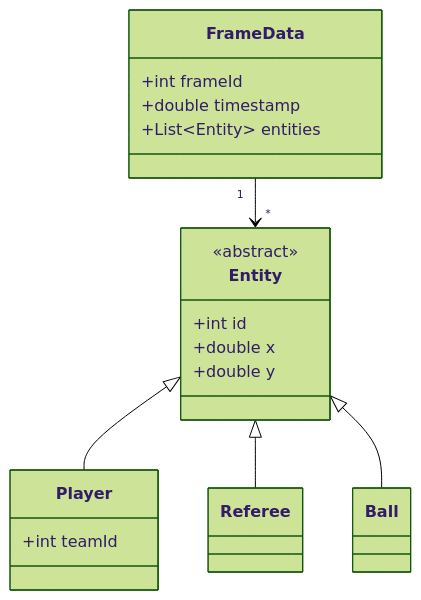
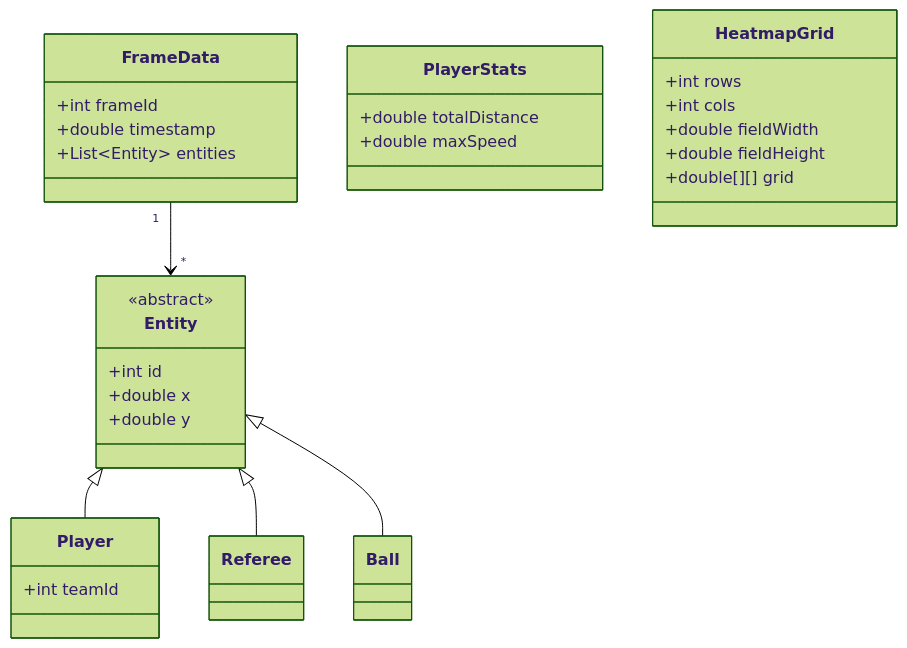
Before and after one commit to joseeduardomarinho28-creator/TaticAnalytics: the second of 2 diagrams in README.md, drawn with Mermaid (forest theme). The commit also changed other lines of this file, not shown here.

````diff
--- a/README.md
+++ b/README.md
@@ -105,24 +135,35 @@
 ```mermaid
 classDiagram
     class Entity {
         <<abstract>>
         +int id
         +double x
         +double y
     }
     class Player {
         +int teamId
     }
     class Referee
     class Ball
     class FrameData {
         +int frameId
         +double timestamp
         +List~Entity~ entities
     }
+    class PlayerStats {
+        +double totalDistance
+        +double maxSpeed
+    }
+    class HeatmapGrid {
+        +int rows
+        +int cols
+        +double fieldWidth
+        +double fieldHeight
+        +double[][] grid
+    }
 
     Entity <|-- Player
     Entity <|-- Referee
     Entity <|-- Ball
     FrameData "1" --> "*" Entity
 ```
````
